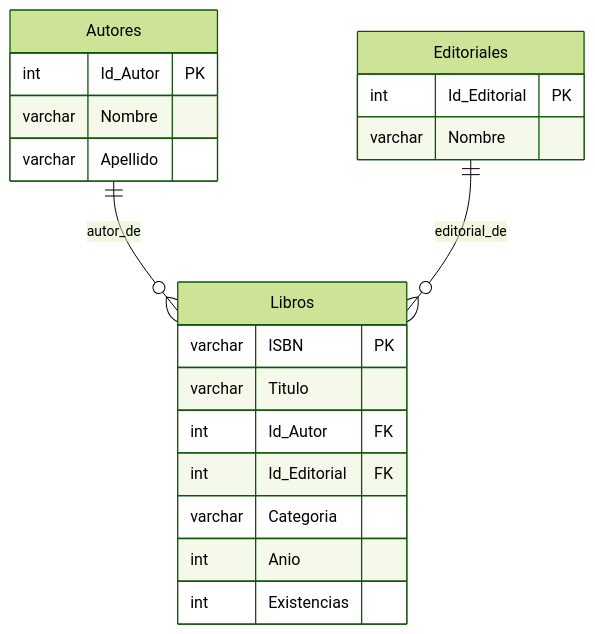
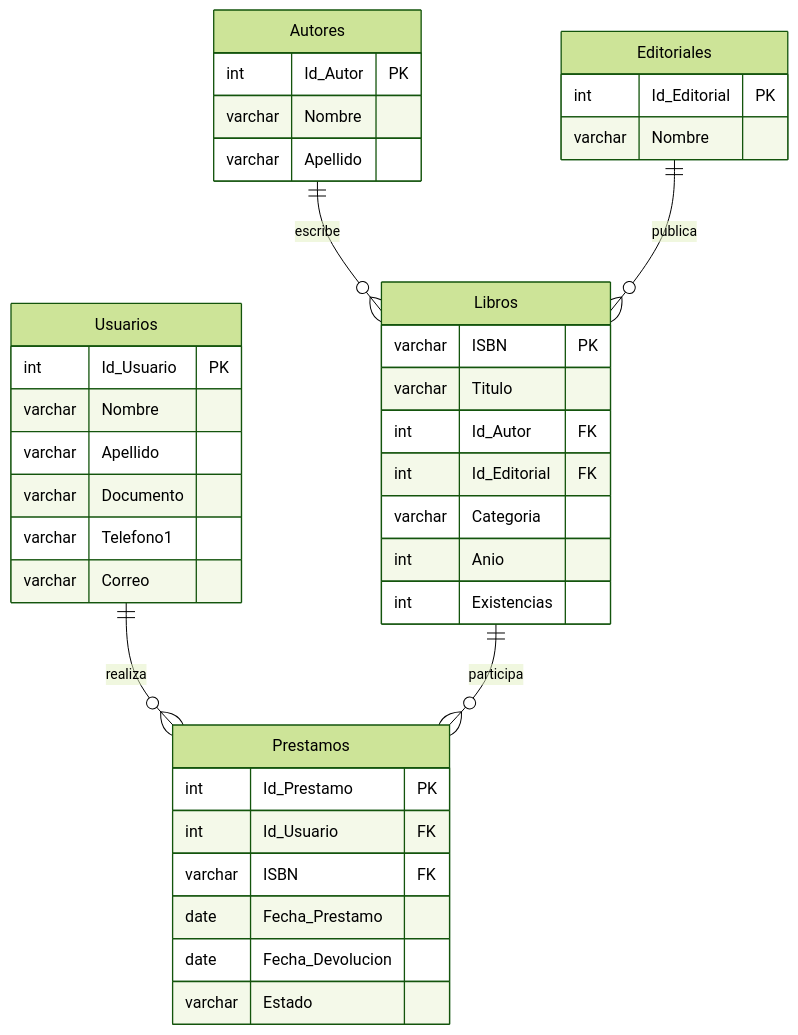
The second of 3 diagrams in Documentacion.md (cesaralbino-hub/AcaBiblioteca), drawn with Mermaid (forest theme) before and after one commit. The commit also changed other lines of this file and 12 other files, not shown here.

````diff
--- a/Documentacion.md
+++ b/Documentacion.md
@@ -220,23 +240,41 @@
 ```mermaid
 erDiagram
-    Autores ||--o{ Libros : autor_de
-    Editoriales ||--o{ Libros : editorial_de
+    Autores ||--o{ Libros : escribe
+    Editoriales ||--o{ Libros : publica
+    Usuarios ||--o{ Prestamos : realiza
+    Libros ||--o{ Prestamos : participa
     Autores {
-      int Id_Autor PK
-      varchar Nombre
-      varchar Apellido
+        int Id_Autor PK
+        varchar Nombre
+        varchar Apellido
     }
     Editoriales {
-      int Id_Editorial PK
-      varchar Nombre
+        int Id_Editorial PK
+        varchar Nombre
     }
     Libros {
-      varchar ISBN PK
-      varchar Titulo
-      int Id_Autor FK
-      int Id_Editorial FK
-      varchar Categoria
-      int Anio
-      int Existencias
+        varchar ISBN PK
+        varchar Titulo
+        int Id_Autor FK
+        int Id_Editorial FK
+        varchar Categoria
+        int Anio
+        int Existencias
+    }
+    Usuarios {
+        int Id_Usuario PK
+        varchar Nombre
+        varchar Apellido
+        varchar Documento
+        varchar Telefono1
+        varchar Correo
+    }
+    Prestamos {
+        int Id_Prestamo PK
+        int Id_Usuario FK
+        varchar ISBN FK
+        date Fecha_Prestamo
+        date Fecha_Devolucion
+        varchar Estado
     }
 ```
````
